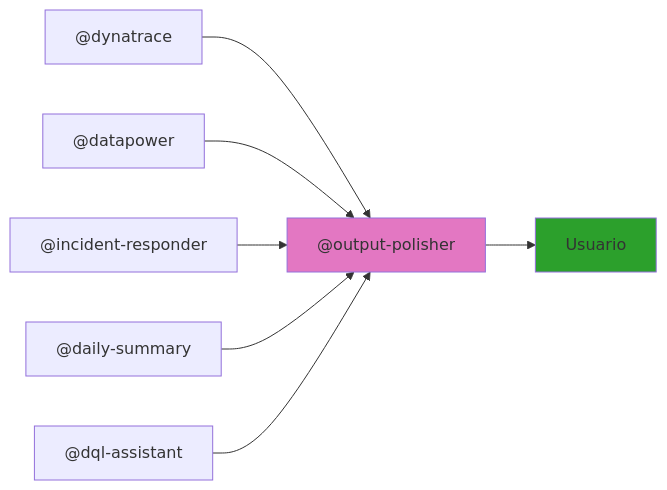
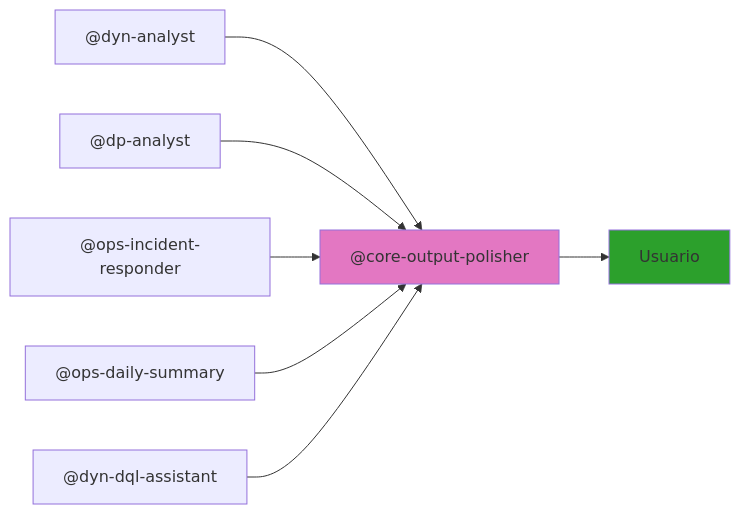
Before and after one commit to johansparra/ai-carib-intelligence-agent: the diagram in .github/README.md, drawn with Mermaid. The commit also changed other lines of this file and 23 other files, not shown here.

````diff
--- a/.github/README.md
+++ b/.github/README.md
@@ -48,12 +48,12 @@
 ```mermaid
 graph LR
-    A["@dynatrace"] --> OP["@output-polisher"]
-    B["@datapower"] --> OP
-    C["@incident-responder"] --> OP
-    D["@daily-summary"] --> OP
-    E["@dql-assistant"] --> OP
+    A["@dyn-analyst"] --> OP["@core-output-polisher"]
+    B["@dp-analyst"] --> OP
+    C["@ops-incident-responder"] --> OP
+    D["@ops-daily-summary"] --> OP
+    E["@dyn-dql-assistant"] --> OP
     OP --> U["Usuario"]
 
     style OP fill:#e377c2
     style U fill:#2ca02c
 ```
````
